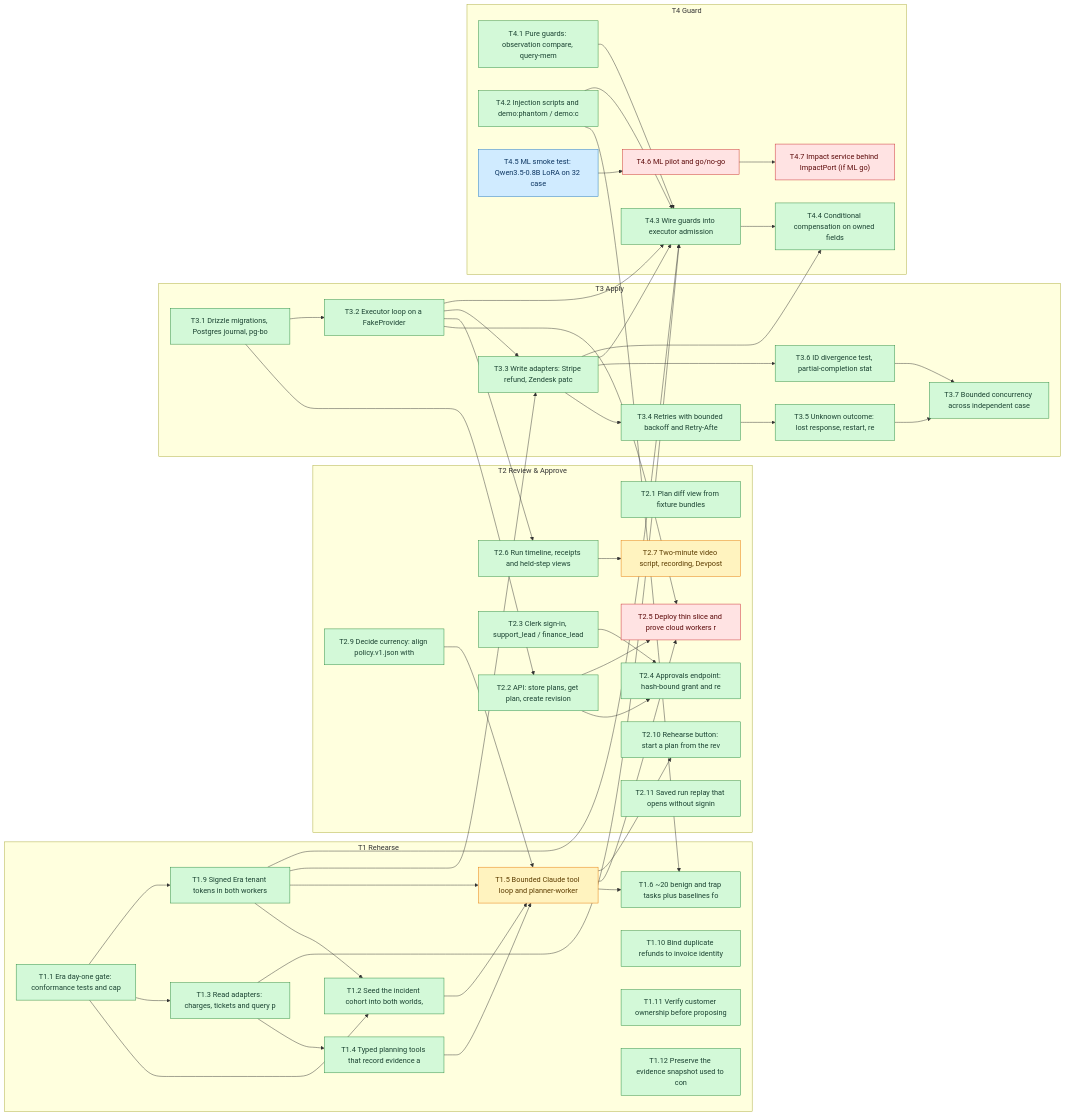
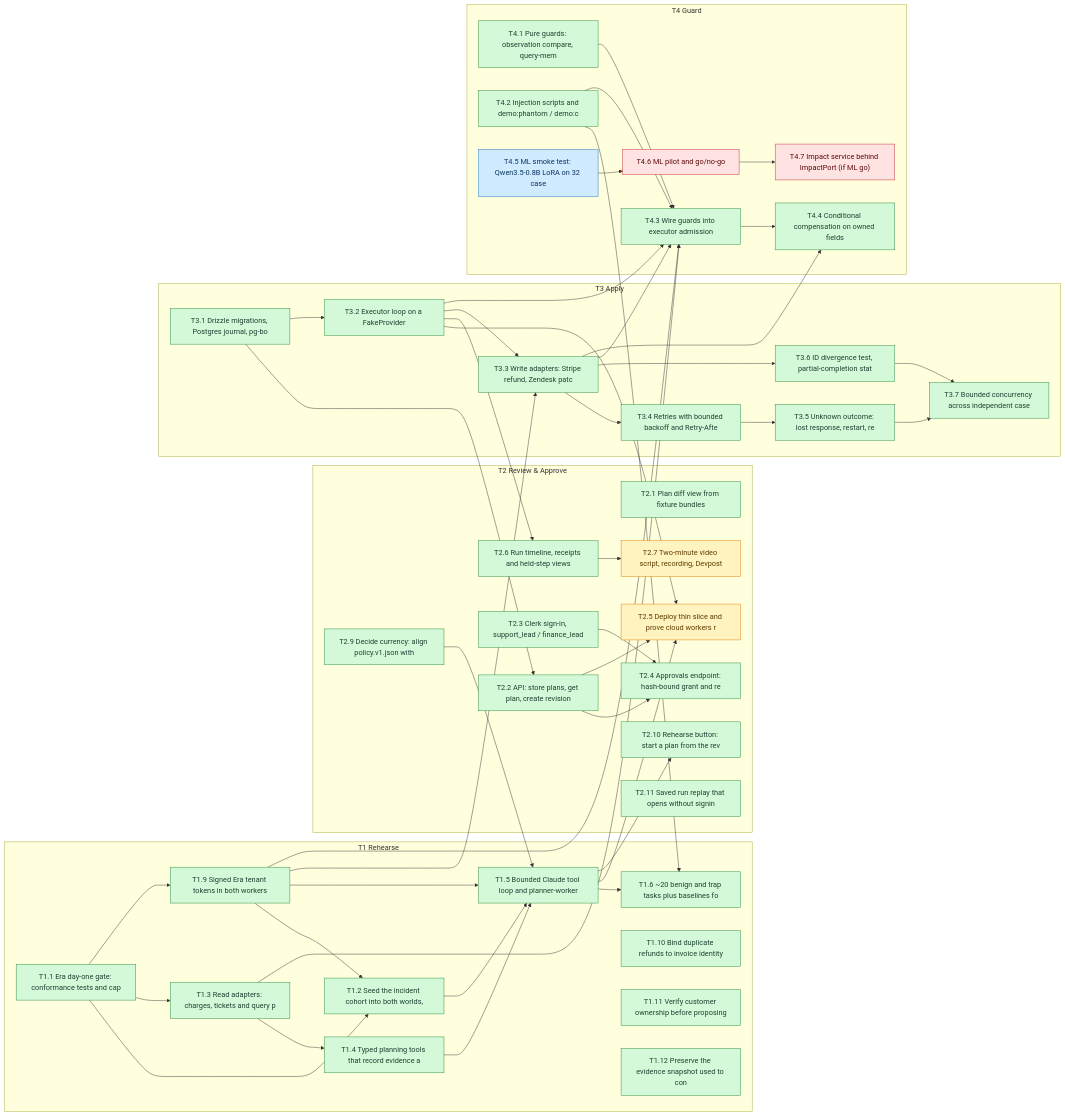
One commit to SoroushRF/Rehearsal changed the diagram in BLOCKERS.md. Above: the diagram before and after it, drawn with Mermaid. The commit also changed other lines of this file, not shown here.

```diff
--- a/BLOCKERS.md
+++ b/BLOCKERS.md
@@ -95,7 +94,7 @@
     T1_2["T1.2 Seed the incident cohort into both worlds, "]:::done
     T1_3["T1.3 Read adapters: charges, tickets and query p"]:::done
     T1_4["T1.4 Typed planning tools that record evidence a"]:::done
-    T1_5["T1.5 Bounded Claude tool loop and planner-worker"]:::ready
+    T1_5["T1.5 Bounded Claude tool loop and planner-worker"]:::done
     T1_6["T1.6 ~20 benign and trap tasks plus baselines fo"]:::done
     T1_9["T1.9 Signed Era tenant tokens in both workers"]:::done
     T1_10["T1.10 Bind duplicate refunds to invoice identity"]:::done
@@ -107,7 +106,7 @@
     T2_2["T2.2 API: store plans, get plan, create revision"]:::done
     T2_3["T2.3 Clerk sign-in, support_lead / finance_lead "]:::done
     T2_4["T2.4 Approvals endpoint: hash-bound grant and re"]:::done
-    T2_5["T2.5 Deploy thin slice and prove cloud workers r"]:::blocked
+    T2_5["T2.5 Deploy thin slice and prove cloud workers r"]:::ready
     T2_6["T2.6 Run timeline, receipts and held-step views "]:::done
     T2_7["T2.7 Two-minute video script, recording, Devpost"]:::ready
     T2_9["T2.9 Decide currency: align policy.v1.json with "]:::done
```
